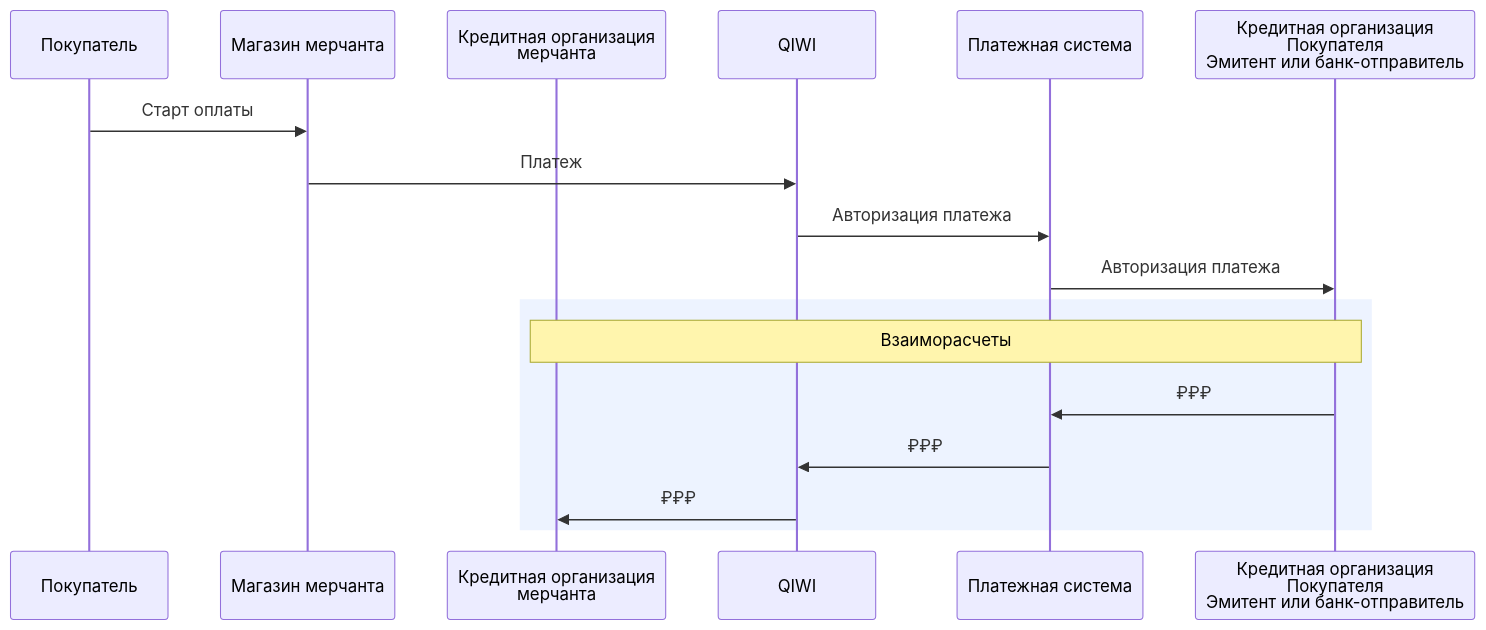
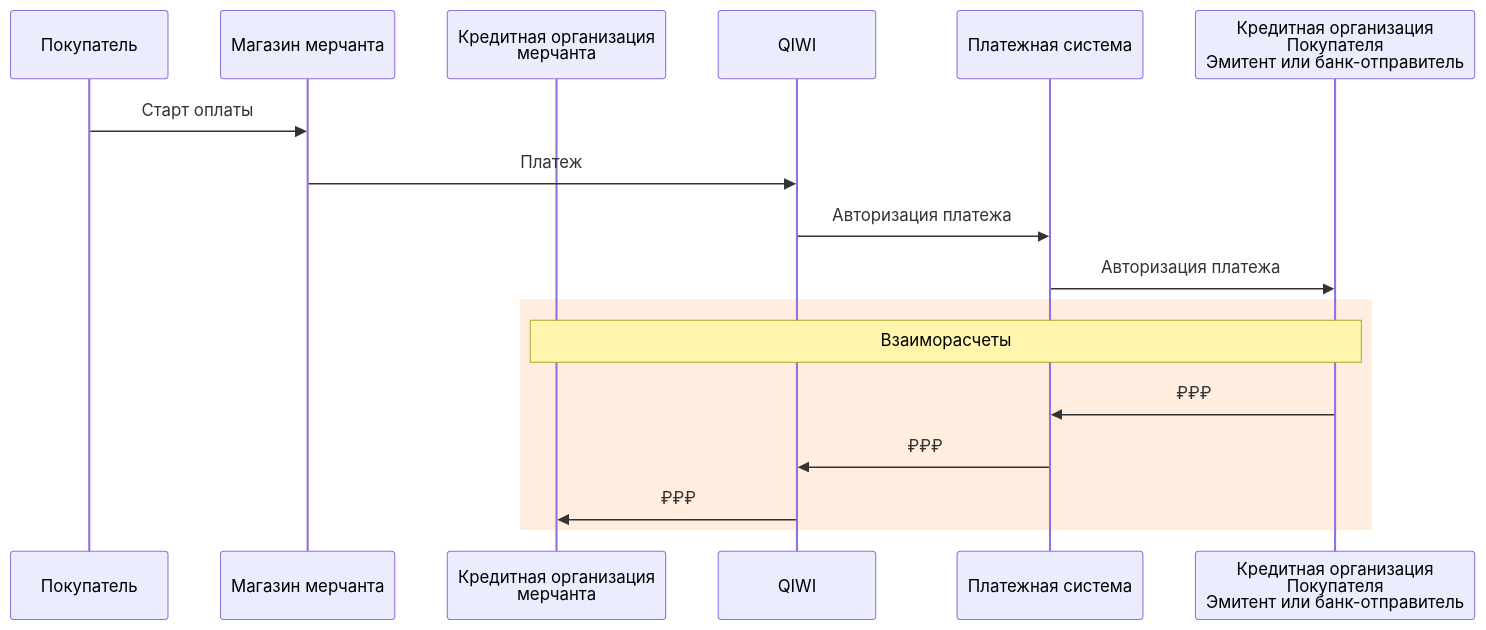
The diagram in _intro_ru.html.md (QIWI-API/payments-docs), drawn with Mermaid before and after one commit. The commit also changed other lines of this file and 17 other files, not shown here.

```diff
--- a/_intro_ru.html.md
+++ b/_intro_ru.html.md
@@ -83,19 +83,19 @@
 <div class="mermaid">
 sequenceDiagram
 participant customer as Покупатель
 participant store as Магазин мерчанта
 participant ipsstore as Кредитная организация <br/> мерчанта
 participant qb as QIWI
 participant ips as Платежная система
 participant ipscust as Кредитная организация <br/> Покупателя <br/> Эмитент или банк-отправитель
 customer->>store:Старт оплаты
 store->>qb:Платеж
 qb->>ips:Авторизация платежа
 ips->>ipscust:Авторизация платежа
-rect rgb(237, 243, 255)
+rect rgb(255, 238, 223)
 Note over ipsstore, ipscust:Взаиморасчеты
 ipscust->>ips:₽₽₽
 ips->>qb:₽₽₽
 qb->>ipsstore:₽₽₽
 end
 </div>
```
